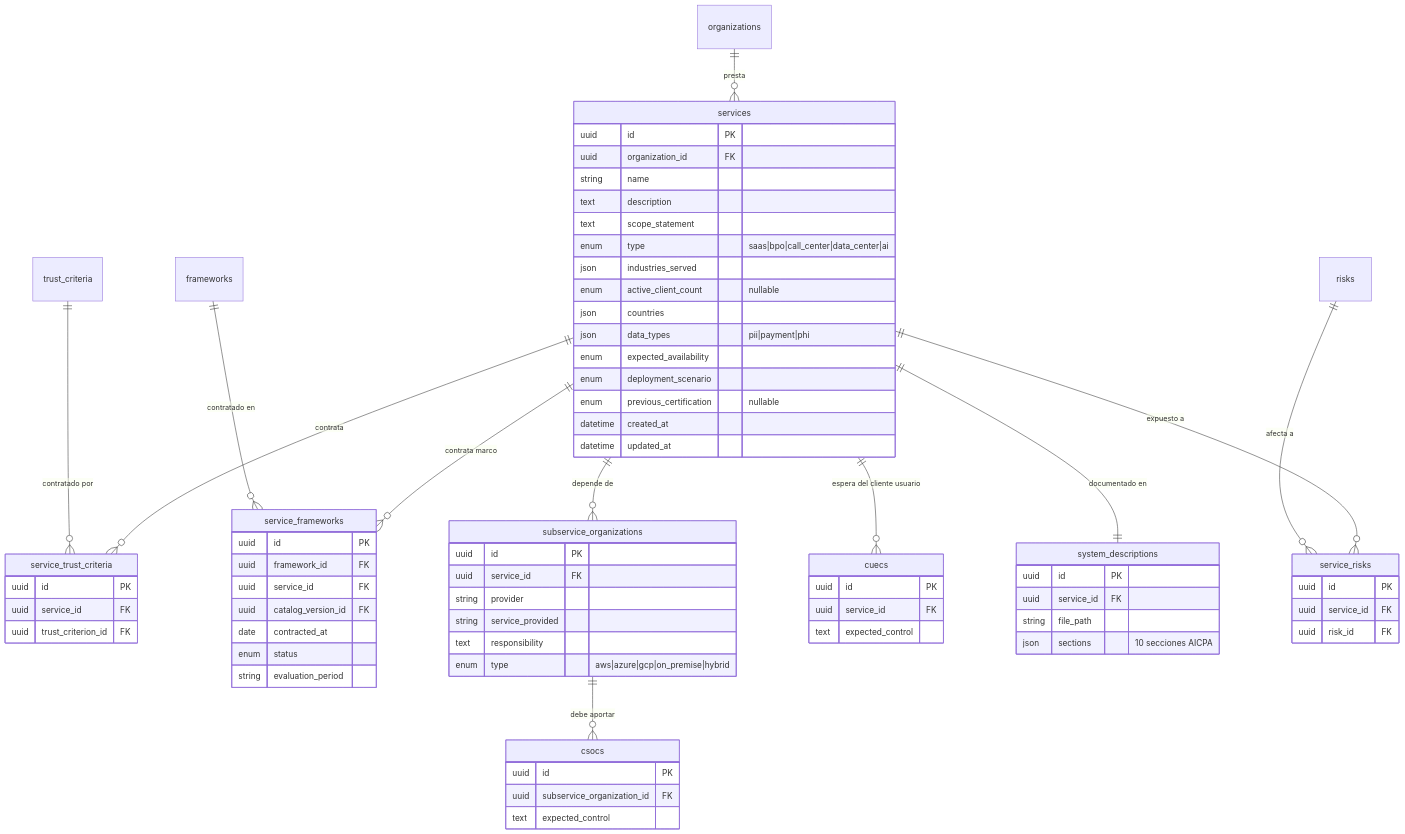
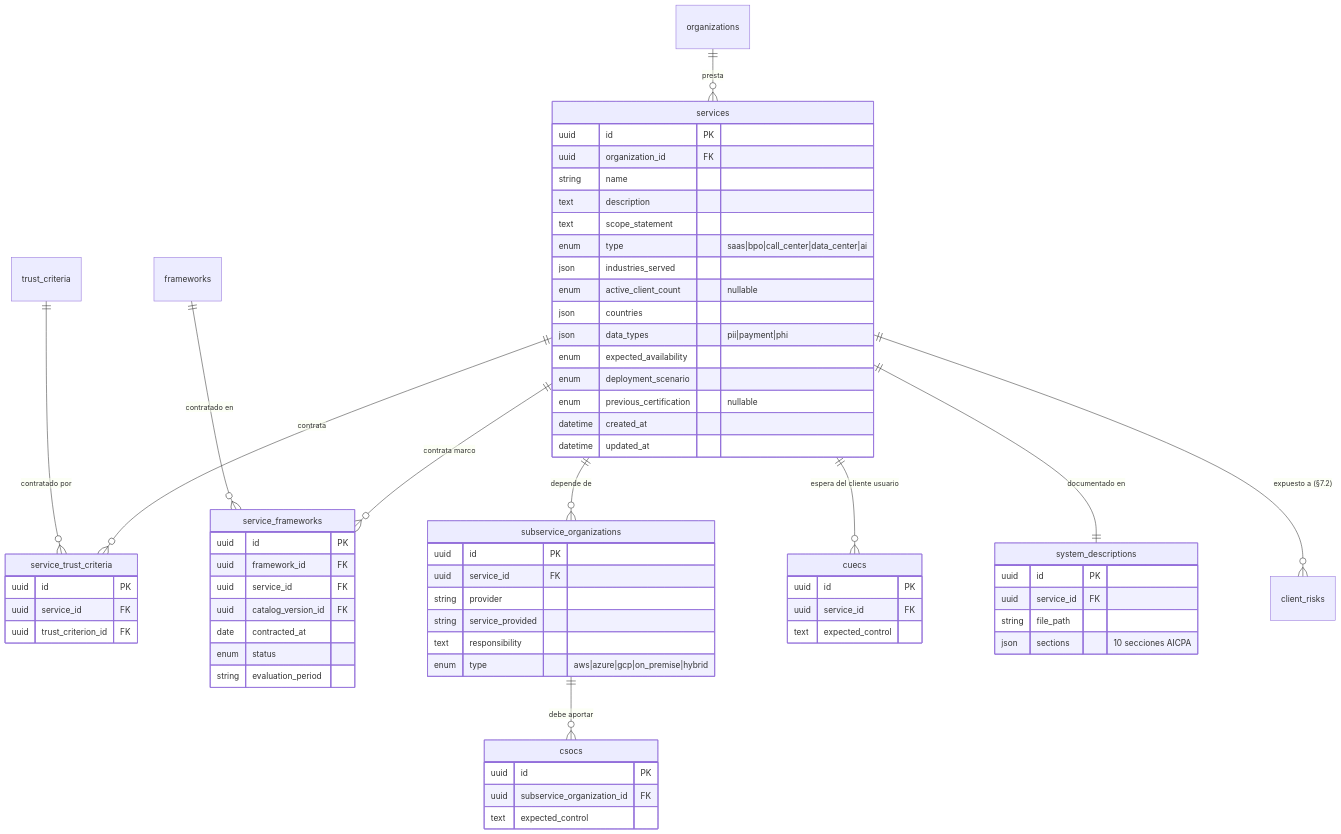
The ninth of 16 diagrams in skills/product/monkey-compliance-council/references/modelo-datos.md (Monkey-GRC/Monkey-Brain-IA), drawn with Mermaid before and after one commit. The commit also changed other lines of this file and 10 other files, not shown here.

Commit message:
docs(model): update relational model after migration review (D26-D34) and absorb schema implementation log

````diff
--- a/skills/product/monkey-compliance-council/references/modelo-datos.md
+++ b/skills/product/monkey-compliance-council/references/modelo-datos.md
@@ -1006,74 +1093,68 @@
 ```mermaid
 erDiagram
     services {
         uuid id PK
         uuid organization_id FK
         string name
         text description
         text scope_statement
         enum type "saas|bpo|call_center|data_center|ai"
         json industries_served
         enum active_client_count "nullable"
         json countries
         json data_types "pii|payment|phi"
         enum expected_availability
         enum deployment_scenario
         enum previous_certification "nullable"
         datetime created_at
         datetime updated_at
     }
     service_trust_criteria {
         uuid id PK
         uuid service_id FK
         uuid trust_criterion_id FK
     }
     service_frameworks {
         uuid id PK
         uuid framework_id FK
         uuid service_id FK
         uuid catalog_version_id FK
         date contracted_at
         enum status
         string evaluation_period
     }
     subservice_organizations {
         uuid id PK
         uuid service_id FK
         string provider
         string service_provided
         text responsibility
         enum type "aws|azure|gcp|on_premise|hybrid"
     }
     csocs {
         uuid id PK
         uuid subservice_organization_id FK
         text expected_control
     }
     cuecs {
         uuid id PK
         uuid service_id FK
         text expected_control
     }
     system_descriptions {
         uuid id PK
         uuid service_id FK
         string file_path
         json sections "10 secciones AICPA"
     }
-    service_risks {
-        uuid id PK
-        uuid service_id FK
-        uuid risk_id FK
-    }
     organizations ||--o{ services : "presta"
     services ||--o{ service_trust_criteria : "contrata"
     trust_criteria ||--o{ service_trust_criteria : "contratado por"
     services ||--o{ service_frameworks : "contrata marco"
     frameworks ||--o{ service_frameworks : "contratado en"
     services ||--o{ subservice_organizations : "depende de"
     subservice_organizations ||--o{ csocs : "debe aportar"
     services ||--o{ cuecs : "espera del cliente usuario"
     services ||--|| system_descriptions : "documentado en"
-    services ||--o{ service_risks : "expuesto a"
-    risks ||--o{ service_risks : "afecta a"
+    services ||--o{ client_risks : "expuesto a (§7.2)"
 ```
````
